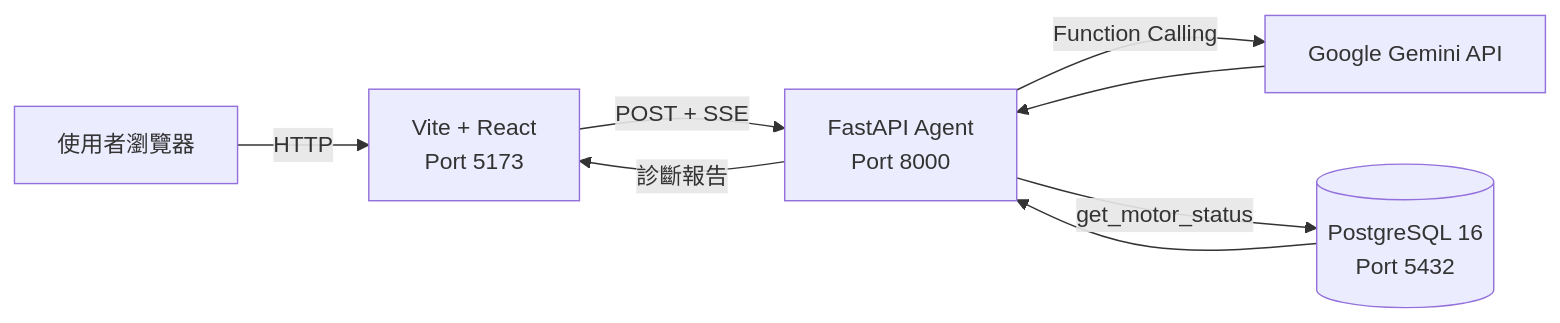
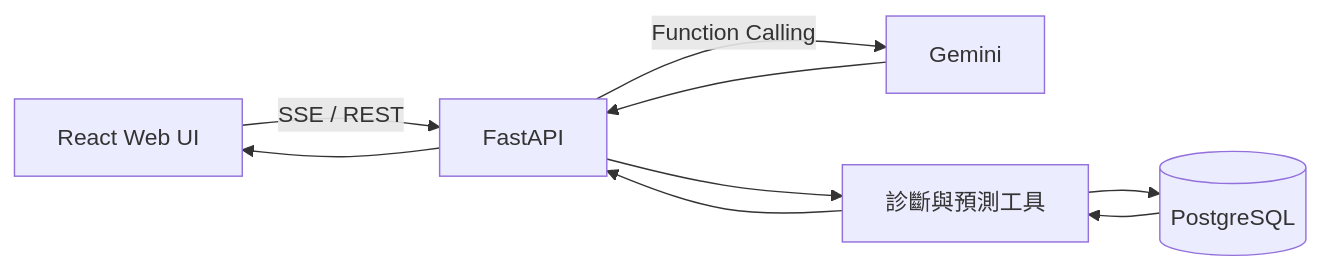
The diagram in README.md (programmerKB/Edge-mind), drawn with Mermaid before and after one commit. The commit also changed other lines of this file, not shown here.

````diff
--- a/README.md
+++ b/README.md
@@ -66,10 +113,11 @@
-```mermaid
+~~~mermaid
 flowchart LR
-    U[使用者瀏覽器] -->|HTTP| F[Vite + React<br/>Port 5173]
-    F -->|POST + SSE| B[FastAPI Agent<br/>Port 8000]
-    B -->|Function Calling| G[Google Gemini API]
-    G --> B
-    B -->|get_motor_status| D[(PostgreSQL 16<br/>Port 5432)]
-    D --> B
-    B -->|診斷報告| F
-```
+    UI[React Web UI] -->|SSE / REST| API[FastAPI]
+    API -->|Function Calling| GEMINI[Gemini]
+    GEMINI --> API
+    API --> TOOL[診斷與預測工具]
+    TOOL --> DB[(PostgreSQL)]
+    DB --> TOOL
+    TOOL --> API
+    API --> UI
+~~~
````
